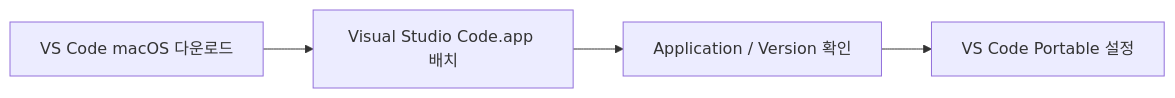
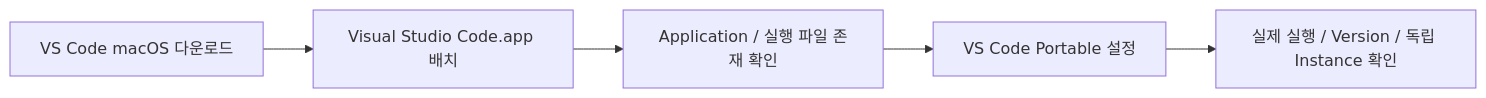
Before and after one commit to Team-Microserver/microserver-docs: the second of 2 diagrams in docs/02_development_environment/03_macos/05_vscode/vscode_install.md, drawn with Mermaid. The commit also changed other lines of this file and 17 other files, not shown here.

````diff
--- a/docs/02_development_environment/03_macos/05_vscode/vscode_install.md
+++ b/docs/02_development_environment/03_macos/05_vscode/vscode_install.md
@@ -341,7 +419,8 @@
 ```mermaid
 flowchart LR
     A["VS Code macOS 다운로드"]
     --> B["Visual Studio Code.app 배치"]
-    --> C["Application / Version 확인"]
+    --> C["Application / 실행 파일 존재 확인"]
     --> D["VS Code Portable 설정"]
+    --> E["실제 실행 / Version / 독립 Instance 확인"]
 ```
````
